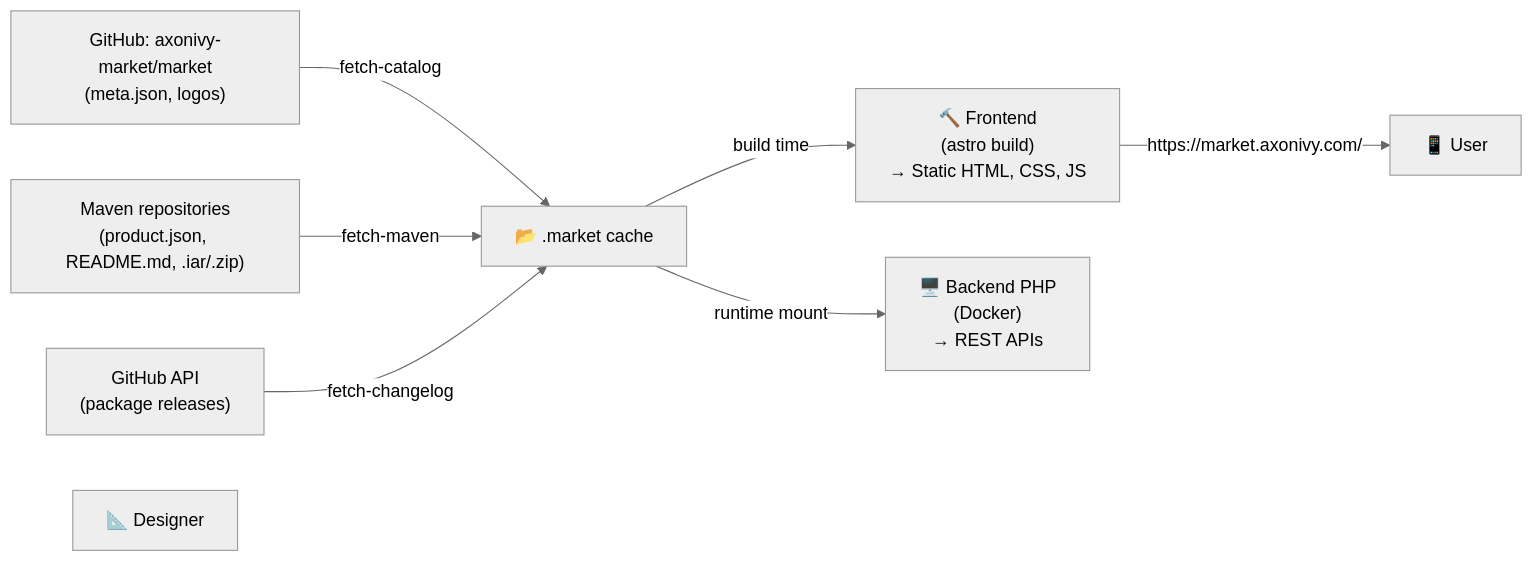
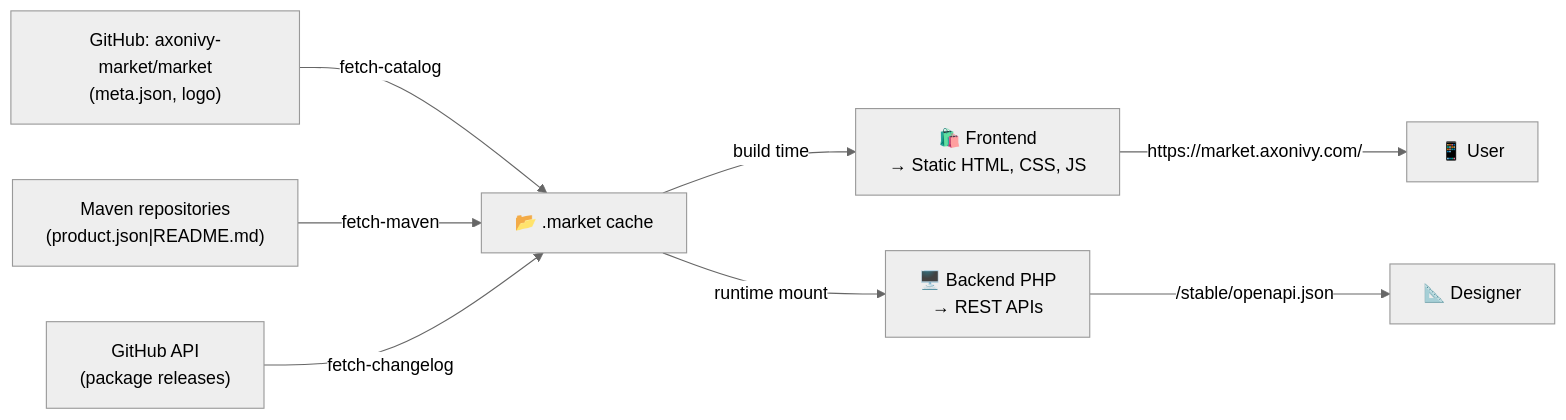
The diagram in README.md (axonivy/market.axonivy.com), drawn with Mermaid (neutral theme) before and after one commit.

Commit message:
XIVY-20028 readme polishing

````diff
--- a/README.md
+++ b/README.md
@@ -59,16 +59,16 @@
 ```mermaid
 flowchart LR
-	github["GitHub: axonivy-market/market<br/>(meta.json, logos)"]
-	maven["Maven repositories<br/>(product.json, README.md, .iar/.zip)"]
+	github["GitHub: axonivy-market/market<br/>(meta.json, logo)"]
+	maven["Maven repositories<br/>(product.json|README.md)"]
 	changelogs["GitHub API<br/>(package releases)"]
 	
 	github -->|fetch-catalog| cache["📂 .market cache"]
 	maven -->|fetch-maven| cache
 	changelogs -->|fetch-changelog| cache
 	
-	cache -->|build time| frontend["🔨 Frontend<br/>(astro build)<br/>→ Static HTML, CSS, JS"]
-	cache -->|runtime mount| backend["🖥️ Backend PHP<br/>(Docker)<br/>→ REST APIs"]
+	cache -->|build time| frontend["🛍️ Frontend<br/>→ Static HTML, CSS, JS"]
+	cache -->|runtime mount| backend["🖥️ Backend PHP</br>→ REST APIs"]
 	
 	frontend -->|https://market.axonivy.com/| user["📱 User"]
-	designer["📐️ Designer"]
+	backend -->|/stable/openapi.json| designer["📐️ Designer"]
 ```
````
